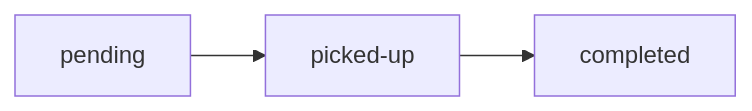
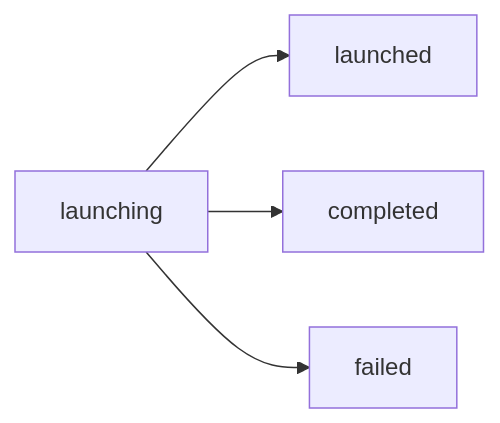
One commit to ReinaMacCredy/maestro changed the third of 4 diagrams in README.md. Above: the diagram before and after it, drawn with Mermaid. The commit also changed other lines of this file and 107 other files, not shown here.

````diff
--- a/README.md
+++ b/README.md
@@ -282,5 +288,6 @@
 ```mermaid
 flowchart LR
-  pending["pending"] --> picked["picked-up"]
-  picked --> completed["completed"]
+  launching["launching"] --> launched["launched"]
+  launching --> completed["completed"]
+  launching --> failed["failed"]
 ```
````
